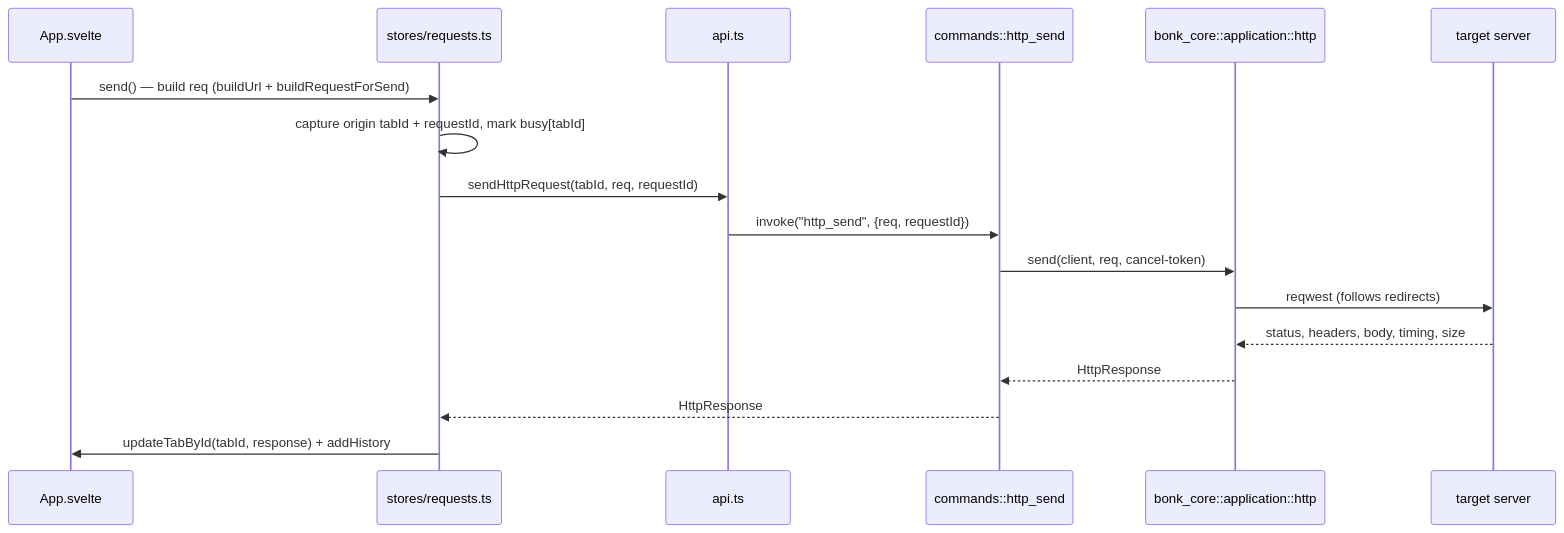
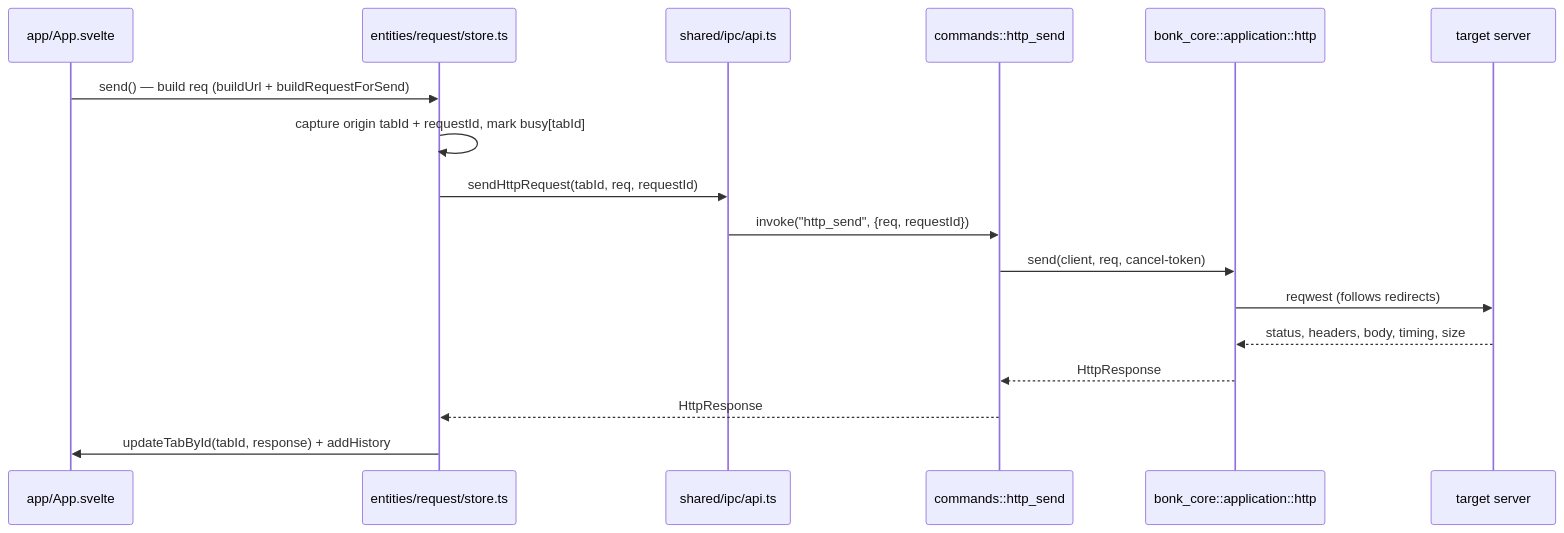
The diagram in ARCHITECTURE.md (nekidaz/.bonk), drawn with Mermaid before and after one commit. The commit also changed other lines of this file and 19 other files, not shown here.

Commit message:
test(arch): enforce layer rules (architecture.test.ts) + docs for the new layout

````diff
--- a/ARCHITECTURE.md
+++ b/ARCHITECTURE.md
@@ -91,20 +95,20 @@
 ```mermaid
 sequenceDiagram
-    participant UI as App.svelte
-    participant S as stores/requests.ts
-    participant API as api.ts
+    participant UI as app/App.svelte
+    participant S as entities/request/store.ts
+    participant API as shared/ipc/api.ts
     participant CMD as commands::http_send
     participant CORE as bonk_core::application::http
     participant NET as target server
 
     UI->>S: send() — build req (buildUrl + buildRequestForSend)
     S->>S: capture origin tabId + requestId, mark busy[tabId]
     S->>API: sendHttpRequest(tabId, req, requestId)
     API->>CMD: invoke("http_send", {req, requestId})
     CMD->>CORE: send(client, req, cancel-token)
     CORE->>NET: reqwest (follows redirects)
     NET-->>CORE: status, headers, body, timing, size
     CORE-->>CMD: HttpResponse
     CMD-->>S: HttpResponse
     S->>UI: updateTabById(tabId, response) + addHistory
 ```
````
